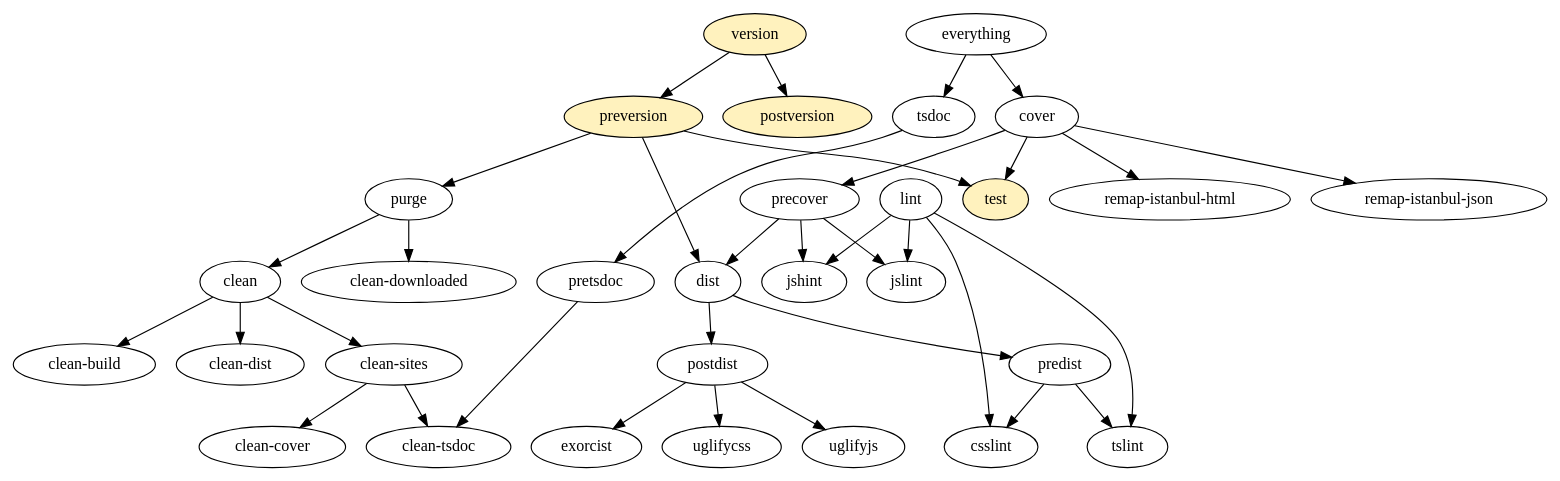
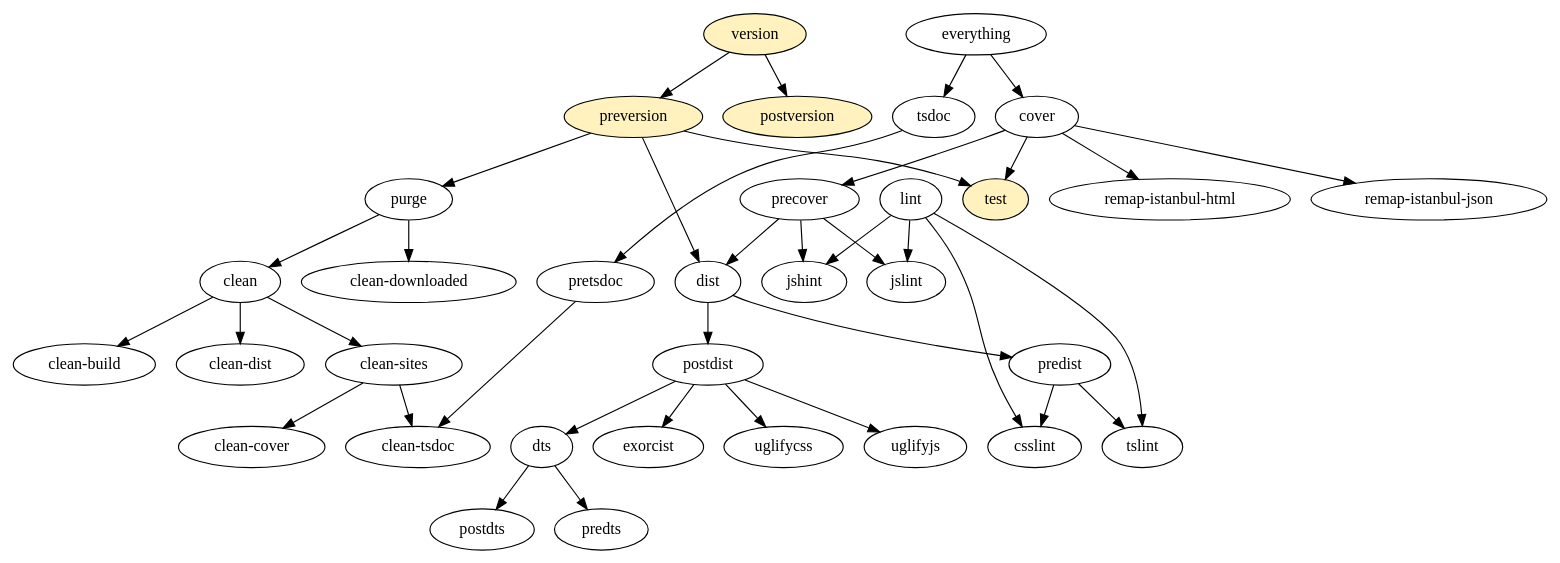
Before and after one commit to nlesc-sherlock/spiraljs: the diagram in docs/spiraljs.dot, drawn with Graphviz. The commit also changed 2 other files, not shown here.

```diff
--- a/docs/spiraljs.dot
+++ b/docs/spiraljs.dot
@@ -1,66 +1,72 @@
 digraph spiraljs{
 0 [label="clean", tooltip="npm run clean-build & npm run clean-dist & npm run clean-sites"]
 1 [label="clean-build", tooltip="trash build/"]
 2 [label="clean-cover", tooltip="trash docs/sites/coverage/"]
 3 [label="clean-dist", tooltip="trash dist/"]
-4 [label="clean-downloaded", tooltip="trash typings/ node_modules/"]
+4 [label="clean-downloaded", tooltip="trash node_modules/"]
 5 [label="clean-sites", tooltip="npm run clean-cover & npm run clean-tsdoc"]
 6 [label="clean-tsdoc", tooltip="trash docs/sites/tsdoc/"]
 7 [label="cover", tooltip="npm run test && npm run remap-istanbul-json && npm run remap-istanbul-html"]
 8 [label="csslint", tooltip="cat src/*.css > dist/spiral.css && csslint --config=.csslintrc --format=compact dist/spiral.css"]
 9 [label="dist", tooltip="browserify src/index.ts --debug --standalone spiral -p [ tsify --project . ] > build/spiral-with-source-maps.js"]
-10 [label="everything", tooltip="npm run tsdoc && npm run cover"]
-11 [label="exorcist", tooltip="<build/spiral-with-source-maps.js exorcist dist/spiral.js.map > dist/spiral.js"]
-12 [label="jshint", tooltip="jshint test/*.js"]
-13 [label="jslint", tooltip="jslint test/*.js"]
-14 [label="lint", tooltip="npm run tslint && npm run jshint && npm run jslint && npm run csslint"]
-15 [label="postdist", tooltip="npm run exorcist && npm run uglifyjs && npm run uglifycss"]
-16 [label="postversion", tooltip="git log --pretty=oneline --max-count 10", fillcolor="#fff2be", style="filled"]
-17 [label="precover", tooltip="trash docs/sites/coverage/ && npm run jslint && npm run jshint && npm run dist"]
-18 [label="predist", tooltip="trash build/ && mkdirp build && trash dist/ && mkdirp dist && npm run tslint && npm run csslint"]
-19 [label="pretsdoc", tooltip="npm run clean-tsdoc && mkdirp docs/sites/tsdoc"]
-20 [label="preversion", tooltip="npm run purge && npm install && typings install && npm run dist && npm run test", fillcolor="#fff2be", style="filled"]
-21 [label="purge", tooltip="npm run clean & npm run clean-downloaded"]
-22 [label="remap-istanbul-html", tooltip="remap-istanbul --input docs/sites/coverage/coverage-remapped.json --output docs/sites/coverage/remapped --type html --exclude node_modules"]
-23 [label="remap-istanbul-json", tooltip="remap-istanbul --input docs/sites/coverage/coverage.json --output docs/sites/coverage/coverage-remapped.json"]
-24 [label="test", tooltip="karma start karma.conf.js", fillcolor="#fff2be", style="filled"]
-25 [label="tsdoc", tooltip="typedoc --mode modules --out docs/sites/tsdoc/ src/index.ts"]
-26 [label="tslint", tooltip="tslint --config tslint.json ./src/**/*.ts"]
-27 [label="uglifycss", tooltip="uglifycss dist/spiral.css > dist/spiral.min.css"]
-28 [label="uglifyjs", tooltip="uglifyjs dist/spiral.js --output dist/spiral.min.js --source-map dist/spiral.min.js.map --screw-ie8 --in-source-map dist/spiral.js.map --source-map-url spiral.min.js.map"]
-29 [label="version", fillcolor="#fff2be", style="filled"]
+10 [label="dts", tooltip="tsc -p . -d --outDir build && dts-bundle --name spiral --main build/index.d.ts"]
+11 [label="everything", tooltip="npm run tsdoc && npm run cover"]
+12 [label="exorcist", tooltip="<build/spiral-with-source-maps.js exorcist dist/spiral.js.map > dist/spiral.js"]
+13 [label="jshint", tooltip="jshint test/*.js"]
+14 [label="jslint", tooltip="jslint test/*.js"]
+15 [label="lint", tooltip="npm run tslint && npm run jshint && npm run jslint && npm run csslint"]
+16 [label="postdist", tooltip="npm run exorcist && npm run uglifyjs && npm run uglifycss && npm run dts"]
+17 [label="postdts", tooltip="mkdirp dist && mv build/spiral.d.ts dist/"]
+18 [label="postversion", tooltip="git log --pretty=oneline --max-count 10", fillcolor="#fff2be", style="filled"]
+19 [label="precover", tooltip="trash docs/sites/coverage/ && npm run jslint && npm run jshint && npm run dist"]
+20 [label="predist", tooltip="trash build/ && mkdirp build && trash dist/ && mkdirp dist && npm run tslint && npm run csslint"]
+21 [label="predts", tooltip="trash build/"]
+22 [label="pretsdoc", tooltip="npm run clean-tsdoc && mkdirp docs/sites/tsdoc"]
+23 [label="preversion", tooltip="npm run purge && npm install && npm run dist && npm run test", fillcolor="#fff2be", style="filled"]
+24 [label="purge", tooltip="npm run clean & npm run clean-downloaded"]
+25 [label="remap-istanbul-html", tooltip="remap-istanbul --input docs/sites/coverage/coverage-remapped.json --output docs/sites/coverage/remapped --type html --exclude node_modules"]
+26 [label="remap-istanbul-json", tooltip="remap-istanbul --input docs/sites/coverage/coverage.json --output docs/sites/coverage/coverage-remapped.json"]
+27 [label="test", tooltip="karma start karma.conf.js", fillcolor="#fff2be", style="filled"]
+28 [label="tsdoc", tooltip="typedoc --mode modules --out docs/sites/tsdoc/ src/index.ts"]
+29 [label="tslint", tooltip="tslint --config tslint.json ./src/**/*.ts"]
+30 [label="uglifycss", tooltip="uglifycss dist/spiral.css > dist/spiral.min.css"]
+31 [label="uglifyjs", tooltip="uglifyjs dist/spiral.js --output dist/spiral.min.js --source-map dist/spiral.min.js.map --screw-ie8 --in-source-map dist/spiral.js.map --source-map-url spiral.min.js.map"]
+32 [label="version", fillcolor="#fff2be", style="filled"]
 0 -> 1
 0 -> 3
 0 -> 5
 5 -> 2
 5 -> 6
-7 -> 24
-7 -> 23
-7 -> 22
-10 -> 25
-10 -> 7
-14 -> 26
-14 -> 12
-14 -> 13
-14 -> 8
-15 -> 11
-15 -> 28
-15 -> 27
-17 -> 13
-17 -> 12
-17 -> 9
-18 -> 26
-18 -> 8
-19 -> 6
-20 -> 21
-20 -> 9
-20 -> 24
-21 -> 0
-21 -> 4
-9 -> 15
-29 -> 16
-7 -> 17
-9 -> 18
-25 -> 19
-29 -> 20
+7 -> 27
+7 -> 26
+7 -> 25
+11 -> 28
+11 -> 7
+15 -> 29
+15 -> 13
+15 -> 14
+15 -> 8
+16 -> 12
+16 -> 31
+16 -> 30
+16 -> 10
+19 -> 14
+19 -> 13
+19 -> 9
+20 -> 29
+20 -> 8
+22 -> 6
+23 -> 24
+23 -> 9
+23 -> 27
+24 -> 0
+24 -> 4
+9 -> 16
+10 -> 17
+32 -> 18
+7 -> 19
+9 -> 20
+10 -> 21
+28 -> 22
+32 -> 23
 }
```
